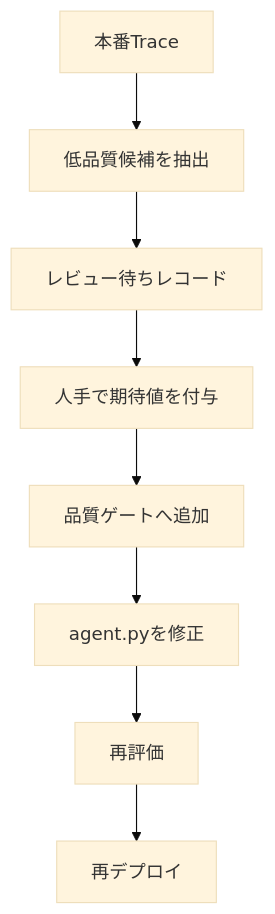
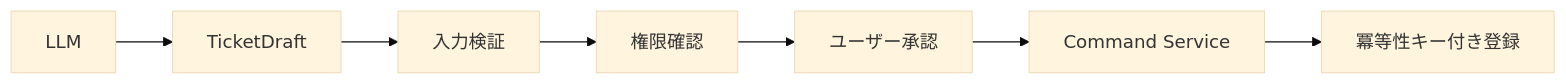
Before and after one commit to aymkbyshi/databricks-agentops-customer-support: the fifth of 5 diagrams in articles/databricks-agentops-zenn.md, drawn with Mermaid (base theme). The commit also changed other lines of this file, not shown here.

Commit message:
Update article for dedicated agent path and calibrated quality gate

````diff
--- a/articles/databricks-agentops-zenn.md
+++ b/articles/databricks-agentops-zenn.md
@@ -913,10 +683,9 @@
 ```mermaid
-flowchart TD
-    A[本番Trace] --> B[低品質候補を抽出]
-    B --> C[レビュー待ちレコード]
-    C --> D[人手で期待値を付与]
-    D --> E[品質ゲートへ追加]
-    E --> F[agent.pyを修正]
-    F --> G[再評価]
-    G --> H[再デプロイ]
+flowchart LR
+    A[LLM] --> B[TicketDraft]
+    B --> C[入力検証]
+    C --> D[権限確認]
+    D --> E[ユーザー承認]
+    E --> F[Command Service]
+    F --> G[冪等性キー付き登録]
 ```
````
